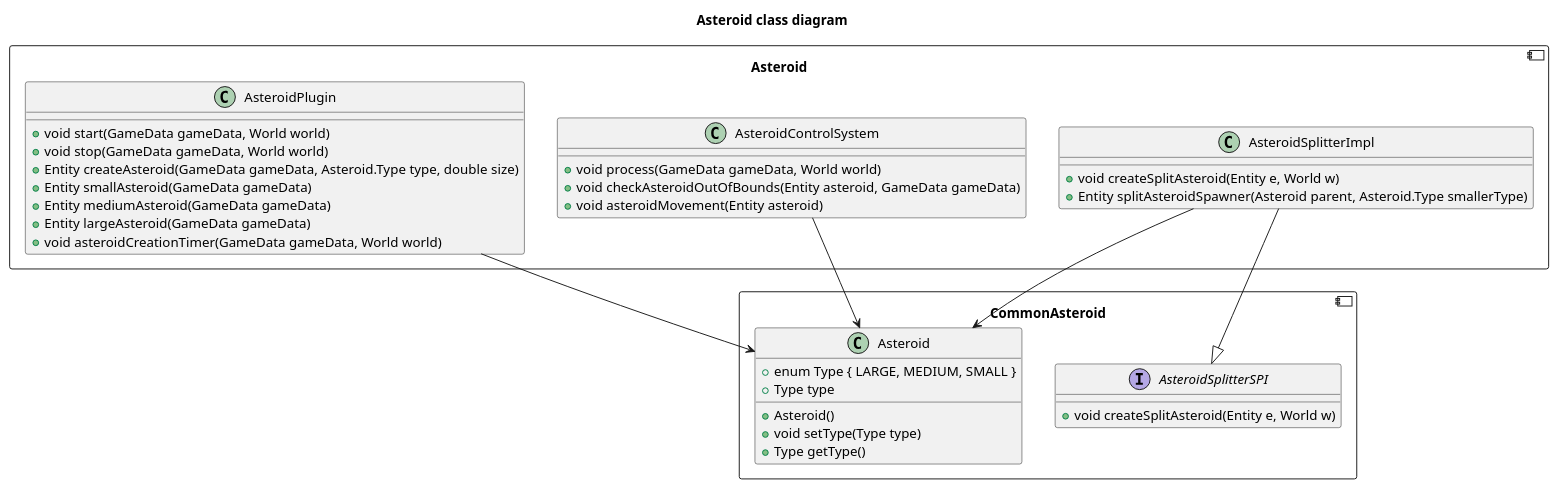
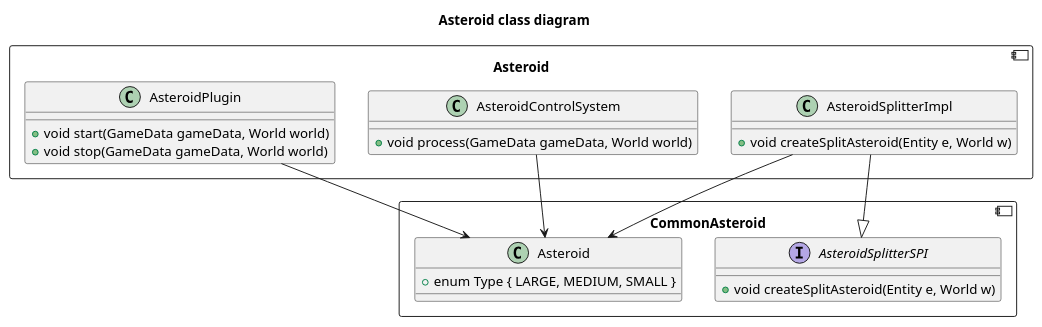
The diagram in diagrams/asteroids class.puml (jetho22/AsteroidsFX), drawn with PlantUML before and after one commit. The commit also changed 3 other files, not shown here.

```diff
--- a/diagrams/asteroids class.puml
+++ b/diagrams/asteroids class.puml
@@ -1,47 +1,35 @@
 @startuml
 title "Asteroid class diagram"
 component CommonAsteroid {
     interface AsteroidSplitterSPI {
         +void createSplitAsteroid(Entity e, World w)
     }
 
     class Asteroid {
         +enum Type { LARGE, MEDIUM, SMALL }
-        +Type type
-        +Asteroid()
-        +void setType(Type type)
-        +Type getType()
     }
 
 }
 
 component Asteroid {
     class AsteroidControlSystem {
         +void process(GameData gameData, World world)
-        +void checkAsteroidOutOfBounds(Entity asteroid, GameData gameData)
-        +void asteroidMovement(Entity asteroid)
     }
 
     class AsteroidPlugin {
         +void start(GameData gameData, World world)
         +void stop(GameData gameData, World world)
-        +Entity createAsteroid(GameData gameData, Asteroid.Type type, double size)
-        +Entity smallAsteroid(GameData gameData)
-        +Entity mediumAsteroid(GameData gameData)
-        +Entity largeAsteroid(GameData gameData)
-        +void asteroidCreationTimer(GameData gameData, World world)
     }
 
     class AsteroidSplitterImpl {
         +void createSplitAsteroid(Entity e, World w)
-        +Entity splitAsteroidSpawner(Asteroid parent, Asteroid.Type smallerType)
     }
 }
 
 AsteroidControlSystem --> CommonAsteroid.Asteroid
 AsteroidPlugin --> CommonAsteroid.Asteroid
 AsteroidSplitterImpl --|> CommonAsteroid.AsteroidSplitterSPI
 AsteroidSplitterImpl --> CommonAsteroid.Asteroid
 
 
 @enduml
```
